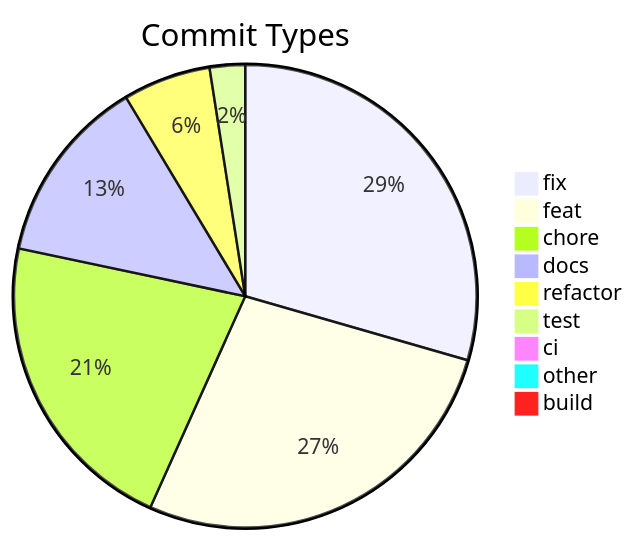
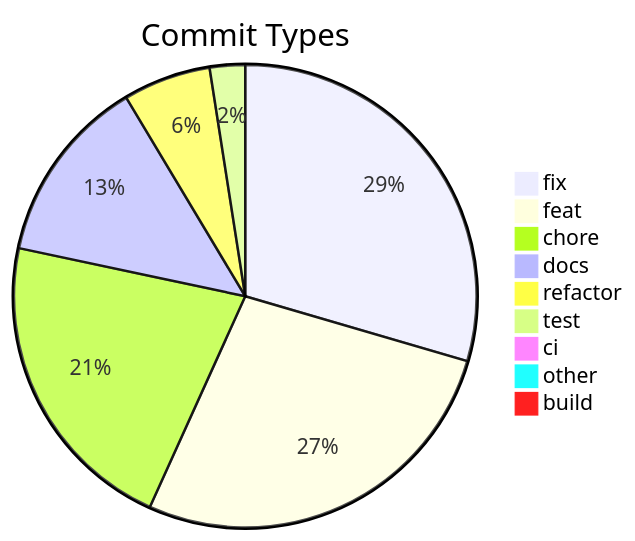
Before and after one commit to svenroth-ai/shipwright: the diagram in .shipwright/compliance/change-history.md, drawn with Mermaid. The commit also changed other lines of this file and 15 other files, not shown here.

````diff
--- a/.shipwright/compliance/change-history.md
+++ b/.shipwright/compliance/change-history.md
@@ -8,12 +8,12 @@
 ```mermaid
 pie title Commit Types
-    "fix" : 322
+    "fix" : 323
     "feat" : 298
     "chore" : 236
     "docs" : 143
     "refactor" : 67
     "test" : 27
     "ci" : 11
     "other" : 7
     "build" : 1
 ```
````
